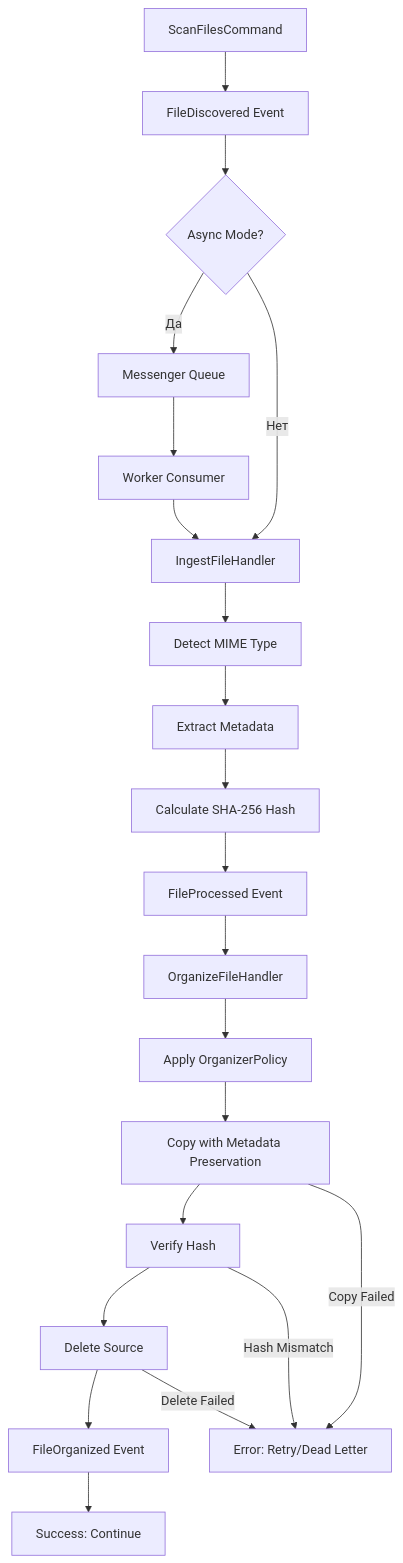
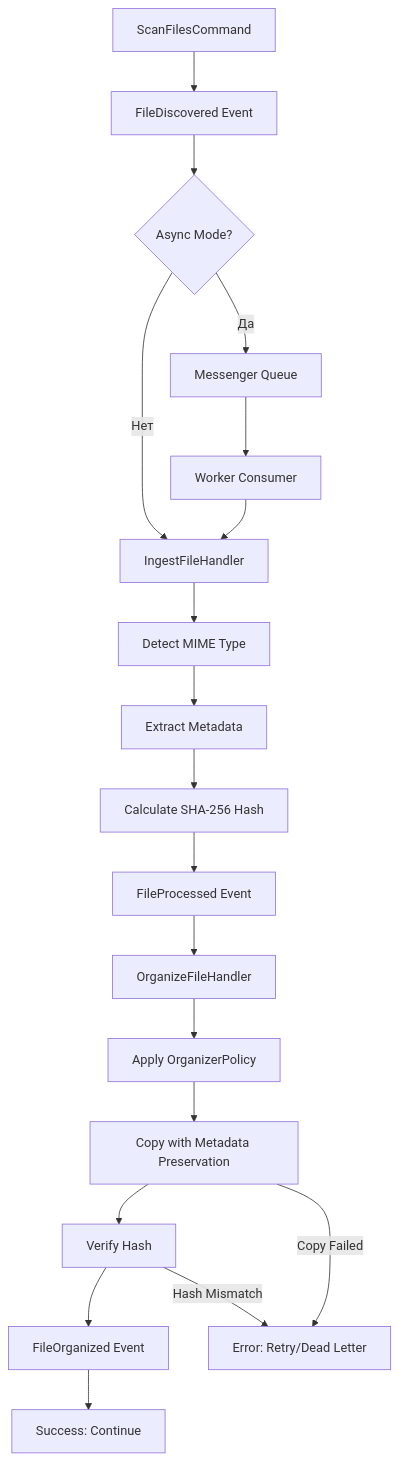
Before and after one commit to Savin-Igor/sorting-photos: the third of 10 diagrams in docs/ARCHITECTURE.md, drawn with Mermaid. The commit also changed other lines of this file and 7 other files, not shown here.

````diff
--- a/docs/ARCHITECTURE.md
+++ b/docs/ARCHITECTURE.md
@@ -118,28 +118,26 @@
 ```mermaid
 flowchart TD
     A[ScanFilesCommand] --> B[FileDiscovered Event]
     B --> C{Async Mode?}
 
     C -->|Да| D[Messenger Queue]
     C -->|Нет| E[IngestFileHandler]
 
     D --> F[Worker Consumer]
     F --> E
 
     E --> G[Detect MIME Type]
     G --> H[Extract Metadata]
     H --> I[Calculate SHA-256 Hash]
     I --> J[FileProcessed Event]
 
     J --> K[OrganizeFileHandler]
     K --> L[Apply OrganizerPolicy]
     L --> M[Copy with Metadata Preservation]
     M --> N[Verify Hash]
-    N --> O[Delete Source]
-    O --> P[FileOrganized Event]
+    N --> P[FileOrganized Event]
 
     P --> Q[Success: Continue]
     N -->|Hash Mismatch| R[Error: Retry/Dead Letter]
     M -->|Copy Failed| R
-    O -->|Delete Failed| R
 ```
````
